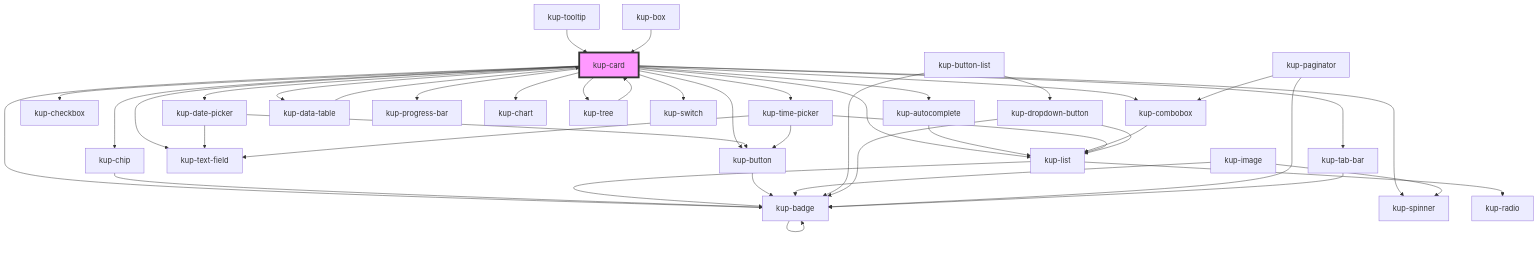
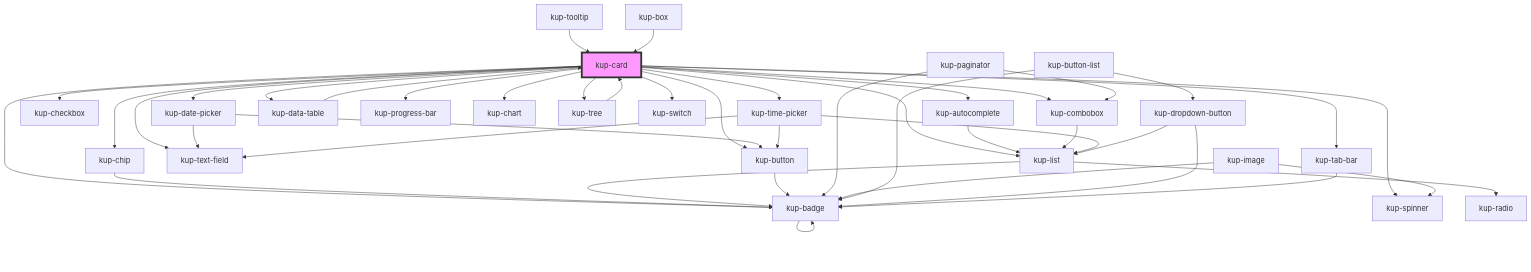
The diagram in packages/ketchup/src/components/kup-card/readme.md (smeup/ketchup), drawn with Mermaid before and after one commit. The commit also changed other lines of this file and 11 other files, not shown here.

Commit message:
kup-tooltip: layout 5: managed render just if are present data, for kup-box and/or kup-list

````diff
--- a/packages/ketchup/src/components/kup-card/readme.md
+++ b/packages/ketchup/src/components/kup-card/readme.md
@@ -108,46 +108,46 @@
 ```mermaid
 graph TD;
   kup-card --> kup-chip
   kup-card --> kup-badge
   kup-card --> kup-autocomplete
   kup-card --> kup-button
   kup-card --> kup-checkbox
   kup-card --> kup-combobox
   kup-card --> kup-date-picker
   kup-card --> kup-text-field
   kup-card --> kup-time-picker
   kup-card --> kup-data-table
   kup-card --> kup-list
   kup-card --> kup-progress-bar
   kup-card --> kup-chart
   kup-card --> kup-spinner
   kup-card --> kup-tab-bar
   kup-card --> kup-tree
   kup-card --> kup-switch
   kup-chip --> kup-badge
   kup-badge --> kup-badge
   kup-autocomplete --> kup-list
   kup-list --> kup-radio
   kup-list --> kup-badge
   kup-button --> kup-badge
   kup-combobox --> kup-list
   kup-date-picker --> kup-text-field
   kup-date-picker --> kup-button
   kup-time-picker --> kup-text-field
   kup-time-picker --> kup-button
   kup-time-picker --> kup-list
   kup-data-table --> kup-card
   kup-tooltip --> kup-card
+  kup-box --> kup-card
+  kup-paginator --> kup-combobox
+  kup-paginator --> kup-badge
   kup-tree --> kup-card
   kup-image --> kup-spinner
   kup-image --> kup-badge
   kup-button-list --> kup-dropdown-button
   kup-button-list --> kup-badge
   kup-dropdown-button --> kup-list
   kup-dropdown-button --> kup-badge
-  kup-paginator --> kup-combobox
-  kup-paginator --> kup-badge
   kup-tab-bar --> kup-badge
-  kup-box --> kup-card
   style kup-card fill:#f9f,stroke:#333,stroke-width:4px
 ```
````
